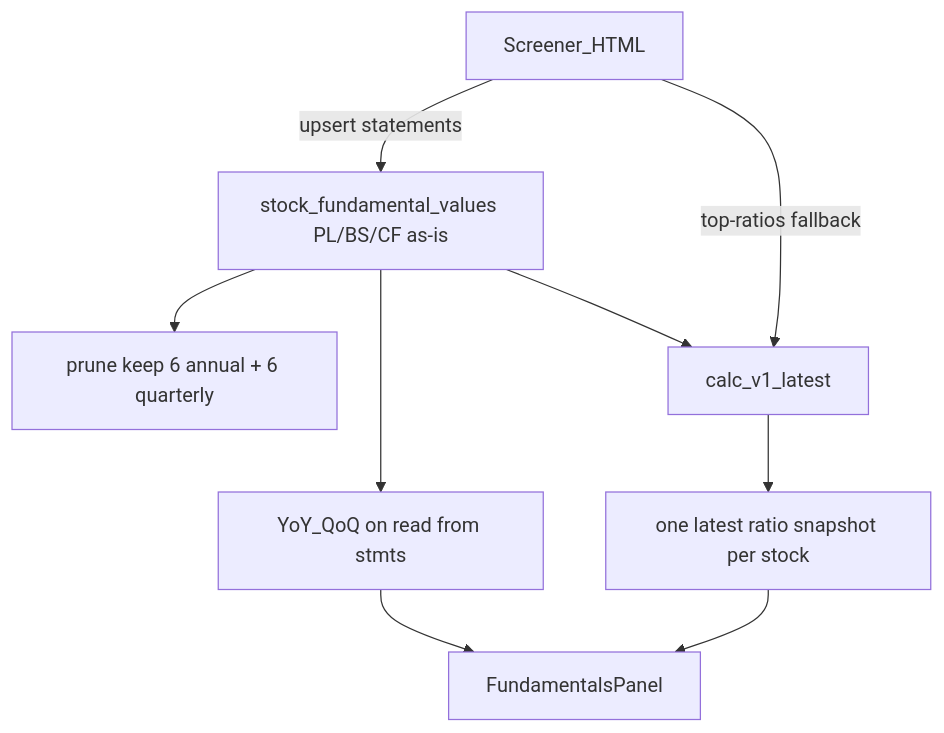
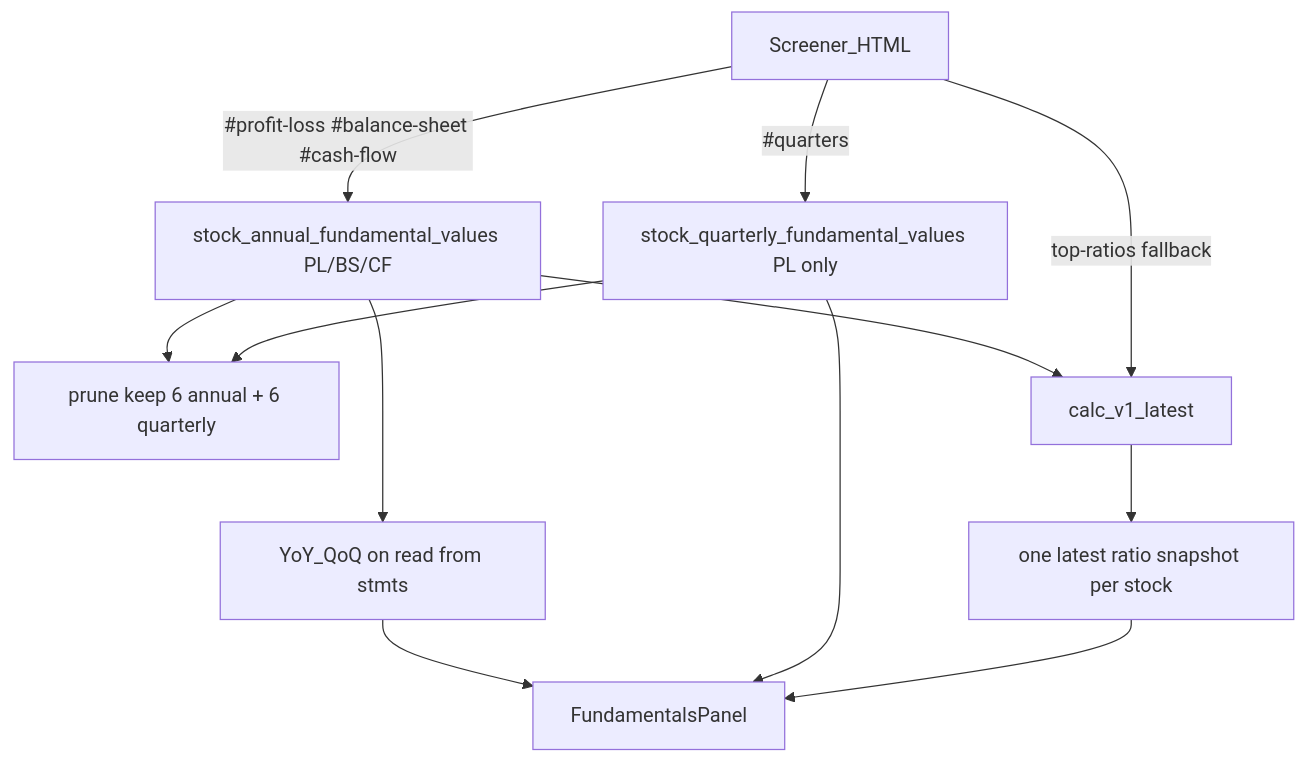
The diagram in docs/superpowers/plans/2026-11-12-release-1.9-deeper-fundamentals.md (prp20/wealth-orbit), drawn with Mermaid before and after one commit. The commit also changed other lines of this file and 11 other files, not shown here.

````diff
--- a/docs/superpowers/plans/2026-11-12-release-1.9-deeper-fundamentals.md
+++ b/docs/superpowers/plans/2026-11-12-release-1.9-deeper-fundamentals.md
@@ -35,16 +36,21 @@
 ```mermaid
 flowchart TD
   screener[Screener_HTML]
-  stmts["stock_fundamental_values PL/BS/CF as-is"]
+  annual["stock_annual_fundamental_values PL/BS/CF"]
+  quarterly["stock_quarterly_fundamental_values PL only"]
   prune["prune keep 6 annual + 6 quarterly"]
   engine[calc_v1_latest]
   latest["one latest ratio snapshot per stock"]
   readTrends["YoY_QoQ on read from stmts"]
   ui[FundamentalsPanel]
-  screener -->|"upsert statements"| stmts --> prune
-  stmts --> engine
+  screener -->|"#profit-loss #balance-sheet #cash-flow"| annual
+  screener -->|"#quarters"| quarterly
+  annual --> prune
+  quarterly --> prune
+  annual --> engine
   screener -->|"top-ratios fallback"| engine
   engine --> latest
-  stmts --> readTrends --> ui
+  annual --> readTrends --> ui
+  quarterly --> ui
   latest --> ui
 ```
````
